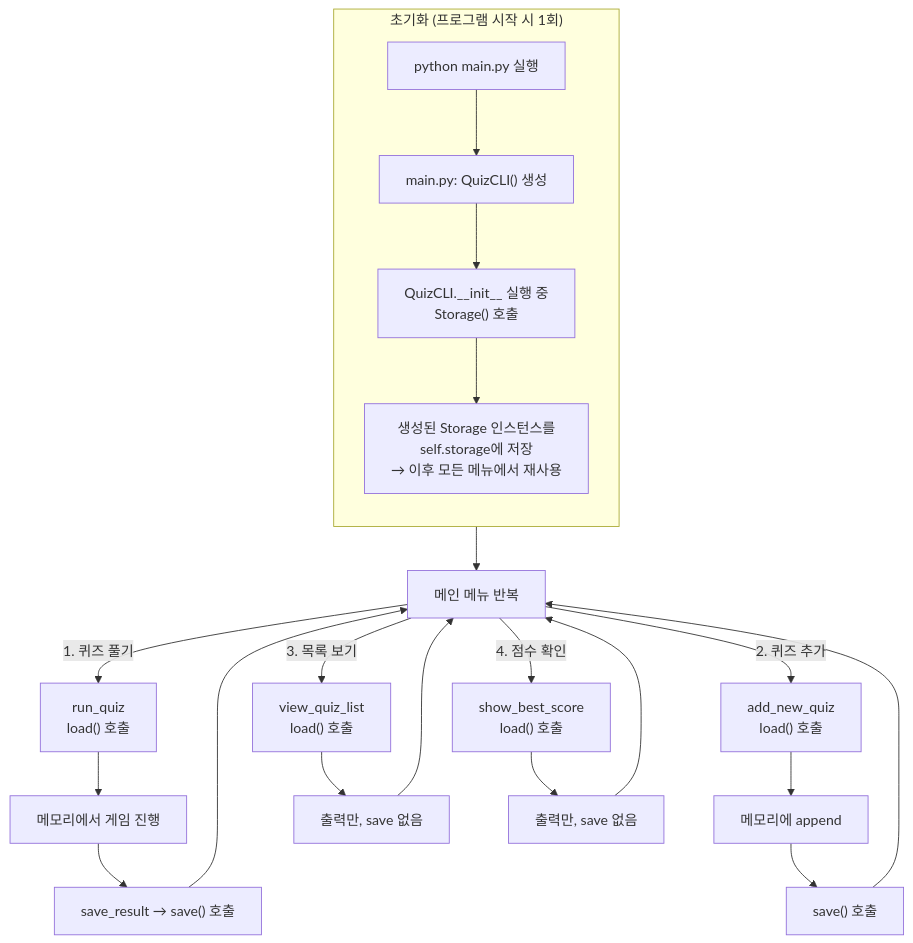
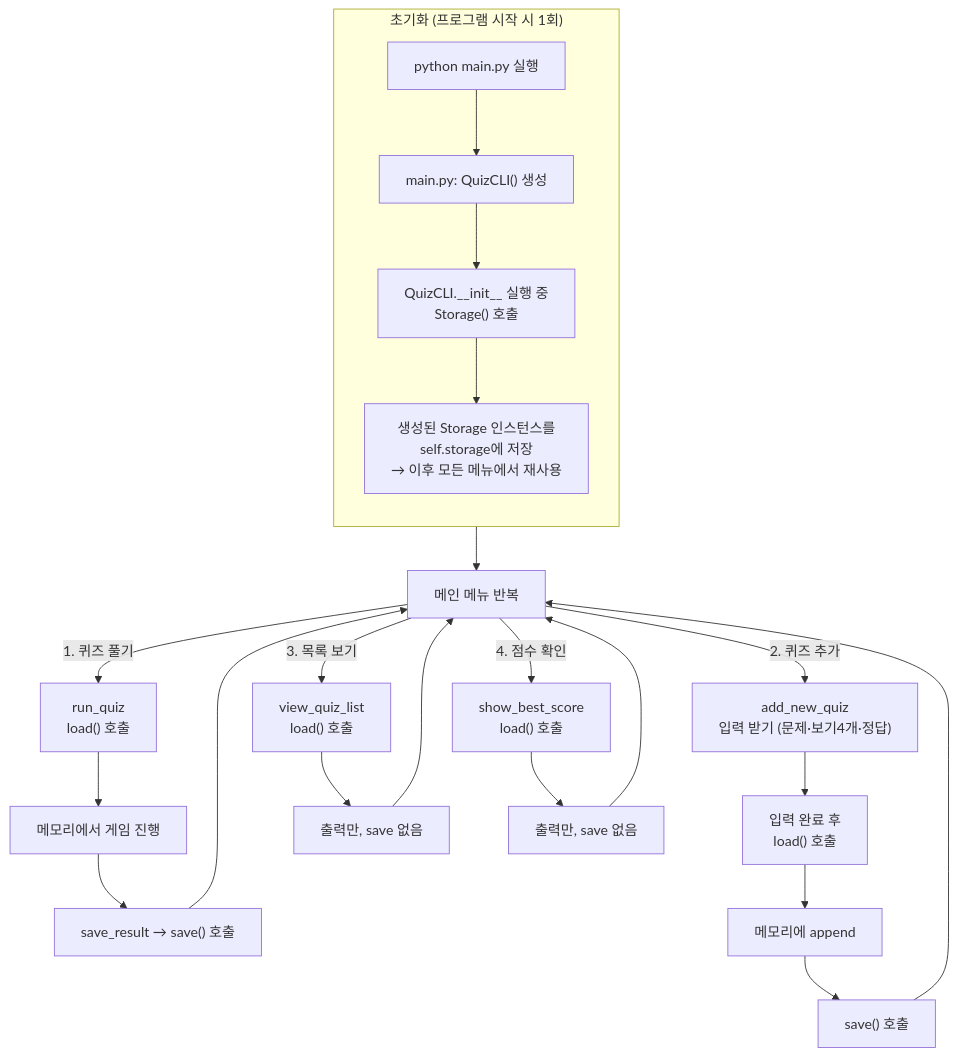
The diagram in docs/평가기준.md (hauteville1862/e2-final), drawn with Mermaid before and after one commit. The commit also changed other lines of this file, not shown here.

````diff
--- a/docs/평가기준.md
+++ b/docs/평가기준.md
@@ -105,30 +101,31 @@
 ```mermaid
 flowchart TD
     subgraph 초기화["초기화 (프로그램 시작 시 1회)"]
         direction TB
         A["python main.py 실행"] --> B["main.py: QuizCLI() 생성"]
         B --> C["QuizCLI.__init__ 실행 중<br/>Storage() 호출"]
         C --> E["생성된 Storage 인스턴스를<br/>self.storage에 저장<br/>→ 이후 모든 메뉴에서 재사용"]
     end
 
     초기화 --> Menu["메인 메뉴 반복"]
 
     Menu -->|1. 퀴즈 풀기| RQ["run_quiz<br/>load() 호출"]
-    Menu -->|2. 퀴즈 추가| AQ["add_new_quiz<br/>load() 호출"]
+    Menu -->|2. 퀴즈 추가| AQI["add_new_quiz<br/>입력 받기 (문제·보기4개·정답)"]
     Menu -->|3. 목록 보기| VL["view_quiz_list<br/>load() 호출"]
     Menu -->|4. 점수 확인| SB["show_best_score<br/>load() 호출"]
 
     RQ --> RQW["메모리에서 게임 진행"]
     RQW --> RQS["save_result → save() 호출"]
 
+    AQI --> AQ["입력 완료 후<br/>load() 호출"]
     AQ --> AQW["메모리에 append"]
     AQW --> AQS["save() 호출"]
 
     VL --> VLR["출력만, save 없음"]
     SB --> SBR["출력만, save 없음"]
 
     RQS --> Menu
     AQS --> Menu
     VLR --> Menu
     SBR --> Menu
 ```
````
